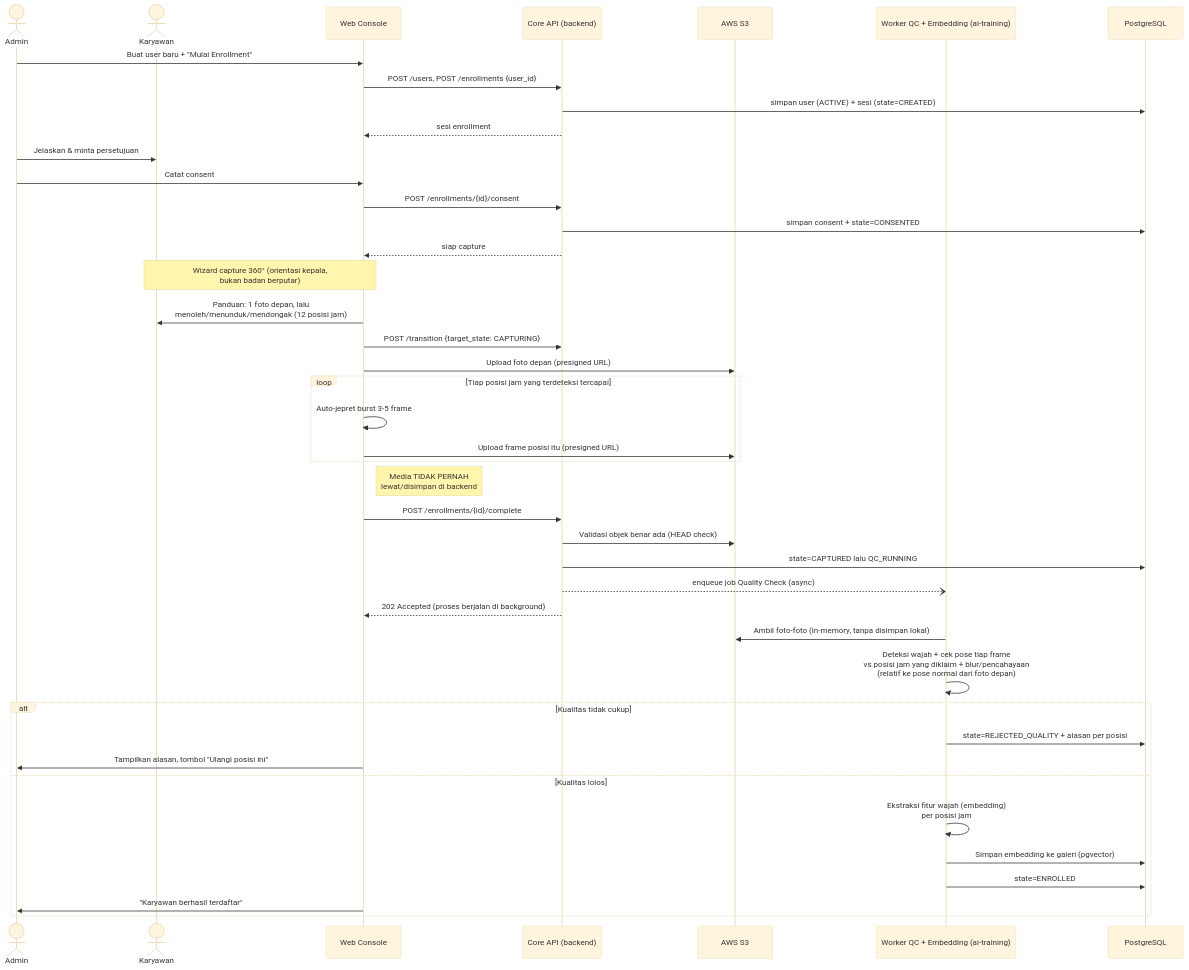
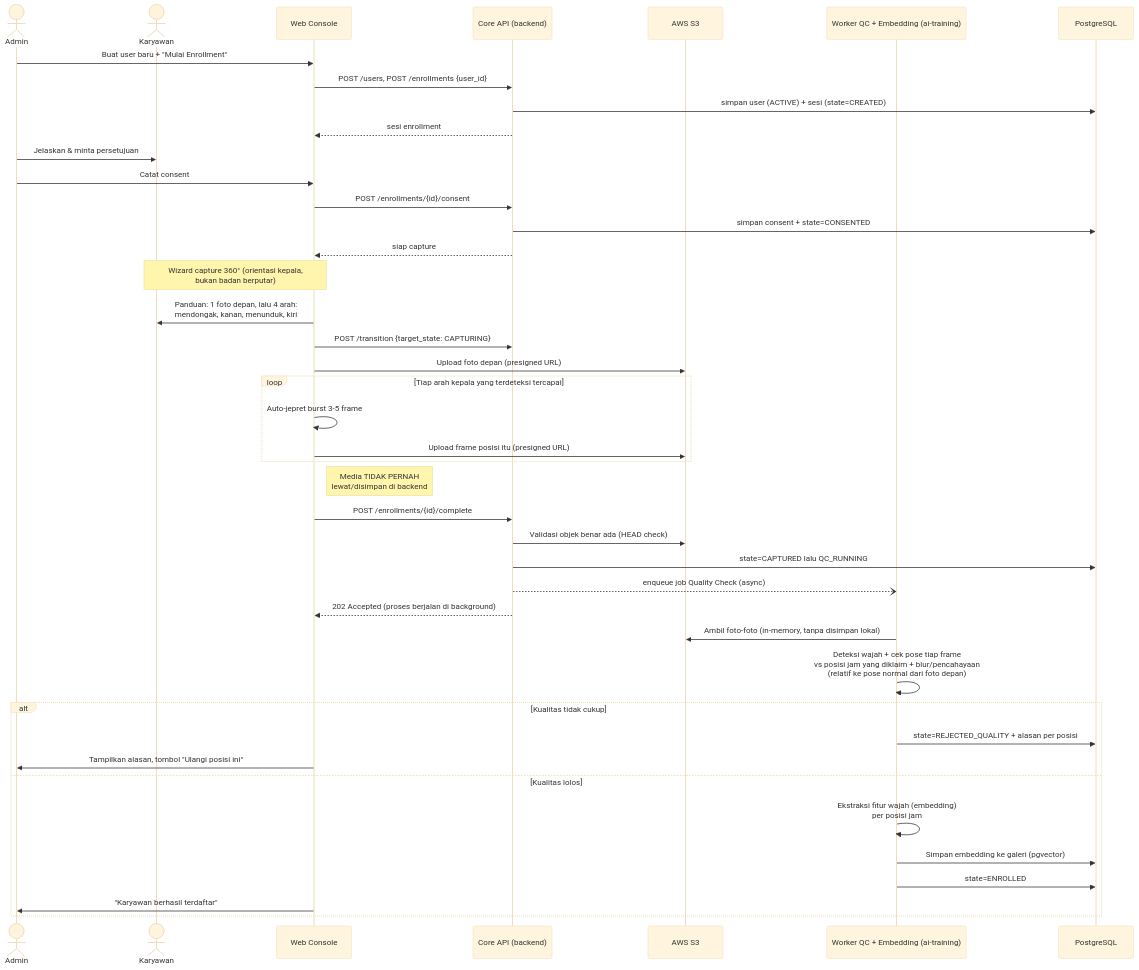
One commit to jalalAzhmatkhan/face-recognition changed the second of 8 diagrams in README.md. Above: the diagram before and after it, drawn with Mermaid (base theme). The commit also changed other lines of this file and 16 other files, not shown here.

````diff
--- a/README.md
+++ b/README.md
@@ -290,49 +290,49 @@
 ```mermaid
 sequenceDiagram
     actor Admin
     actor Karyawan
     participant FE as Web Console
     participant API as Core API (backend)
     participant S3 as AWS S3
     participant Worker as Worker QC + Embedding (ai-training)
     participant DB as PostgreSQL
 
     Admin->>FE: Buat user baru + "Mulai Enrollment"
     FE->>API: POST /users, POST /enrollments {user_id}
     API->>DB: simpan user (ACTIVE) + sesi (state=CREATED)
     API-->>FE: sesi enrollment
 
     Admin->>Karyawan: Jelaskan & minta persetujuan
     Admin->>FE: Catat consent
     FE->>API: POST /enrollments/{id}/consent
     API->>DB: simpan consent + state=CONSENTED
     API-->>FE: siap capture
 
     Note over FE,Karyawan: Wizard capture 360° (orientasi kepala,<br/>bukan badan berputar)
-    FE->>Karyawan: Panduan: 1 foto depan, lalu<br/>menoleh/menunduk/mendongak (12 posisi jam)
+    FE->>Karyawan: Panduan: 1 foto depan, lalu 4 arah:<br/>mendongak, kanan, menunduk, kiri
     FE->>API: POST /transition {target_state: CAPTURING}
     FE->>S3: Upload foto depan (presigned URL)
-    loop Tiap posisi jam yang terdeteksi tercapai
+    loop Tiap arah kepala yang terdeteksi tercapai
         FE->>FE: Auto-jepret burst 3-5 frame
         FE->>S3: Upload frame posisi itu (presigned URL)
     end
     Note right of FE: Media TIDAK PERNAH<br/>lewat/disimpan di backend
 
     FE->>API: POST /enrollments/{id}/complete
     API->>S3: Validasi objek benar ada (HEAD check)
     API->>DB: state=CAPTURED lalu QC_RUNNING
     API--)Worker: enqueue job Quality Check (async)
     API-->>FE: 202 Accepted (proses berjalan di background)
 
     Worker->>S3: Ambil foto-foto (in-memory, tanpa disimpan lokal)
     Worker->>Worker: Deteksi wajah + cek pose tiap frame<br/>vs posisi jam yang diklaim + blur/pencahayaan<br/>(relatif ke pose normal dari foto depan)
     alt Kualitas tidak cukup
         Worker->>DB: state=REJECTED_QUALITY + alasan per posisi
         FE->>Admin: Tampilkan alasan, tombol "Ulangi posisi ini"
     else Kualitas lolos
         Worker->>Worker: Ekstraksi fitur wajah (embedding)<br/>per posisi jam
         Worker->>DB: Simpan embedding ke galeri (pgvector)
         Worker->>DB: state=ENROLLED
         FE->>Admin: "Karyawan berhasil terdaftar"
     end
 ```
````
